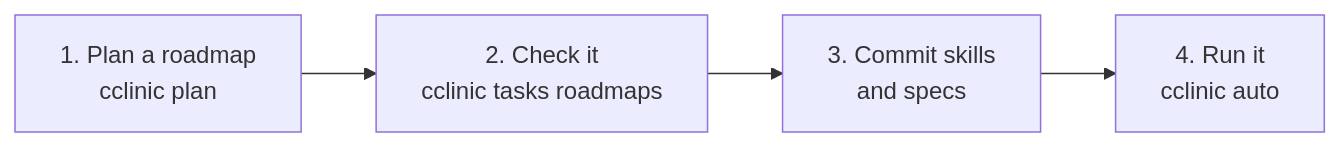
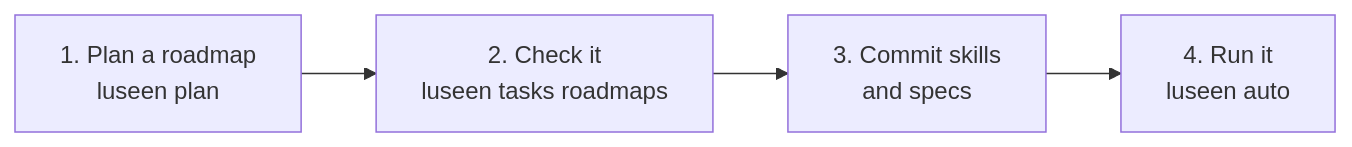
One commit to Hayko97/cclinic changed the second of 10 diagrams in AUTO_FLOW.md. Above: the diagram before and after it, drawn with Mermaid. The commit also changed other lines of this file and 311 other files, not shown here.

````diff
--- a/AUTO_FLOW.md
+++ b/AUTO_FLOW.md
@@ -29,6 +29,6 @@
 ```mermaid
 flowchart LR
-    S1[1. Plan a roadmap<br/>cclinic plan] --> S2[2. Check it<br/>cclinic tasks roadmaps]
+    S1[1. Plan a roadmap<br/>luseen plan] --> S2[2. Check it<br/>luseen tasks roadmaps]
     S2 --> S3[3. Commit skills<br/>and specs]
-    S3 --> S4[4. Run it<br/>cclinic auto]
+    S3 --> S4[4. Run it<br/>luseen auto]
 ```
````
